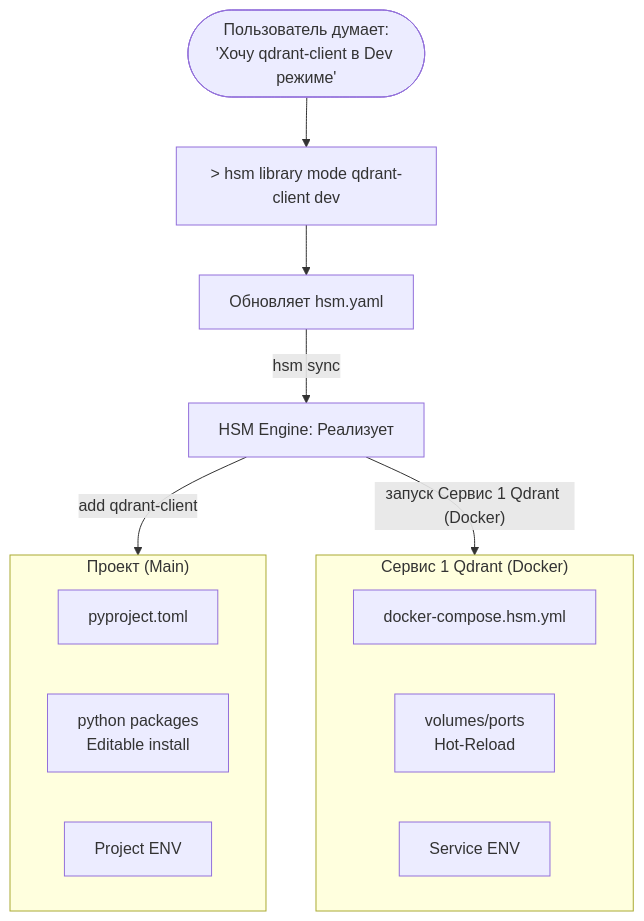
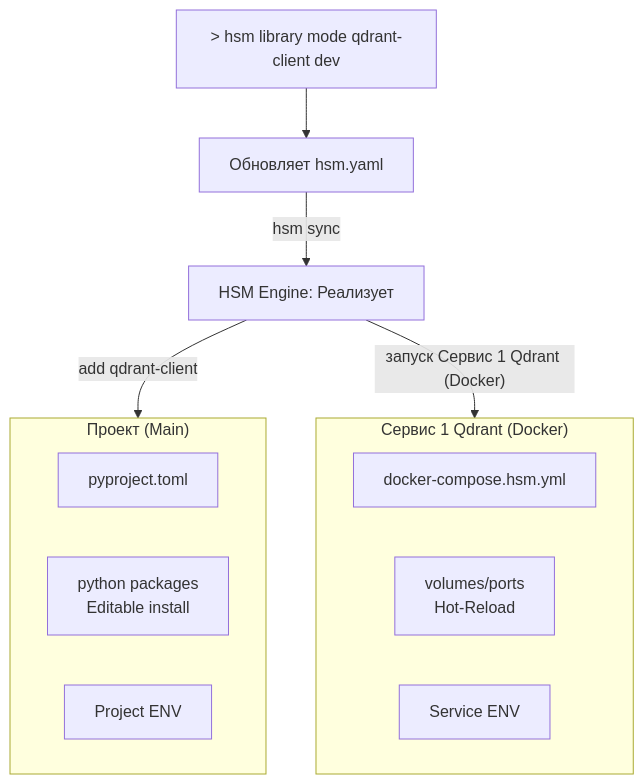
One commit to VLMHyperBenchTeam/hsm changed the third of 4 diagrams in tasks_descriptions/plans/main_page_final_draft.md. Above: the diagram before and after it, drawn with Mermaid. The commit also changed other lines of this file, not shown here.

````diff
--- a/tasks_descriptions/plans/main_page_final_draft.md
+++ b/tasks_descriptions/plans/main_page_final_draft.md
@@ -126,21 +139,20 @@
 ```mermaid
 graph TD
-    UserThinking(["Пользователь думает:<br/>'Хочу qdrant-client в Dev режиме'"]) --> CLI
     CLI[> hsm library mode qdrant-client dev] --> HSM_YAML[Обновляет hsm.yaml]
     HSM_YAML -- "hsm sync" --> HSM_Engine[HSM Engine: Реализует]
     
     HSM_Engine -- "add qdrant-client" --> Project
     HSM_Engine -- "запуск Сервис 1 Qdrant (Docker)" --> S1
 
     subgraph Project ["Проект (Main)"]
         P2[pyproject.toml]
         PK2[python packages<br/>Editable install]
         E2[Project ENV]
     end
 
     subgraph S1 ["Сервис 1 Qdrant (Docker)"]
         D2[docker-compose.hsm.yml]
         V3[volumes/ports<br/>Hot-Reload]
         E3[Service ENV]
     end
 ```
````
